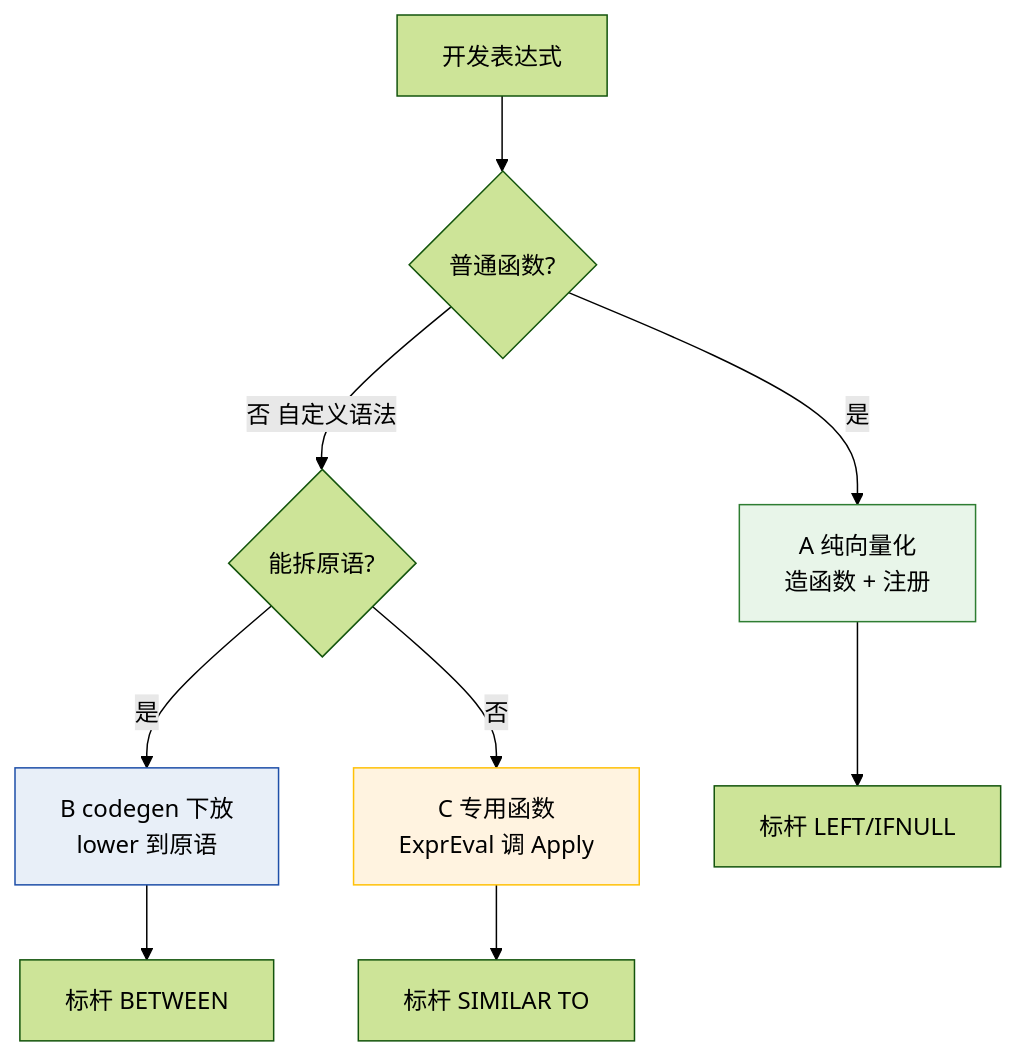
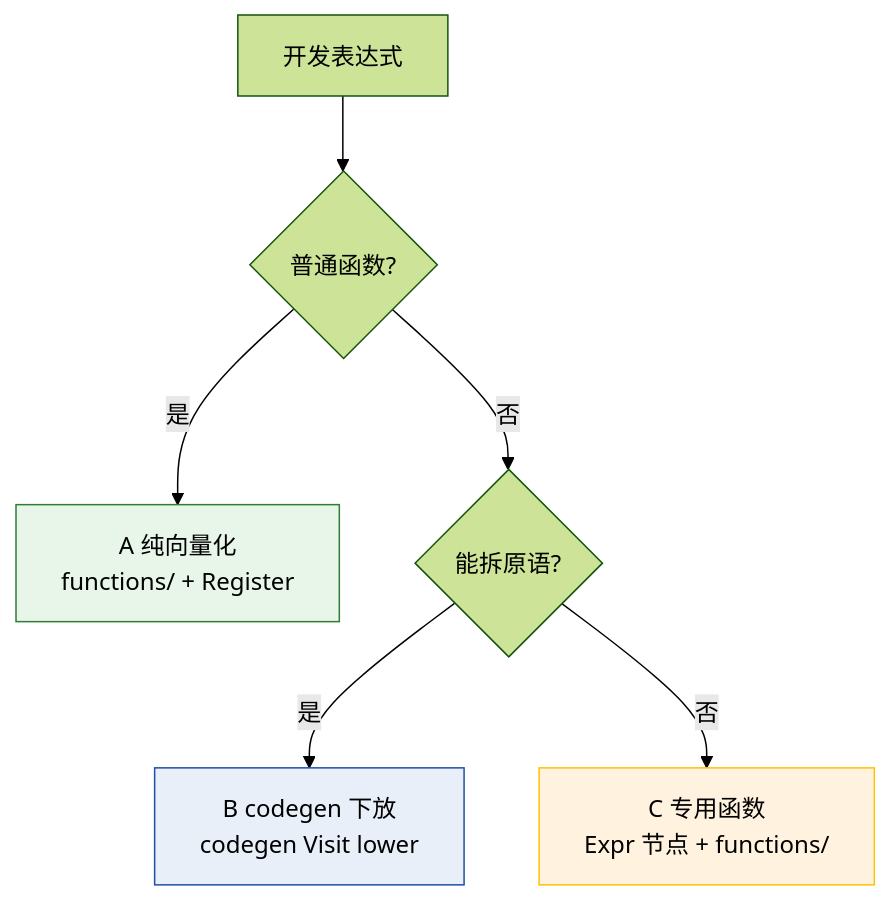
One commit to int2t05/internship changed the fourth of 13 diagrams in manuscript.md. Above: the diagram before and after it, drawn with Mermaid (forest theme). The commit also changed other lines of this file and 11 other files, not shown here.

First line of the commit message:
manuscript: 表达式两页合并 + mermaid 专业化 + 配文凝练

````diff
--- a/manuscript.md
+++ b/manuscript.md
@@ -222,17 +203,14 @@
 ```mermaid
 flowchart TD
     S["开发表达式"] --> Q1{普通函数?}
-    Q1 -->|是| A["A 纯向量化<br/>造函数 + 注册"]
-    Q1 -->|否 自定义语法| Q2{能拆原语?}
-    Q2 -->|是| B["B codegen 下放<br/>lower 到原语"]
-    Q2 -->|否| C["C 专用函数<br/>ExprEval 调 Apply"]
-    A --> L["标杆 LEFT/IFNULL"]
-    B --> LB["标杆 BETWEEN"]
-    C --> LC["标杆 SIMILAR TO"]
+    Q1 -->|是| A["A 纯向量化<br/>functions/ + Register"]
+    Q1 -->|否| Q2{能拆原语?}
+    Q2 -->|是| B["B codegen 下放<br/>codegen Visit lower"]
+    Q2 -->|否| C["C 专用函数<br/>Expr 节点 + functions/"]
     classDef a fill:#E8F5E9,stroke:#2E7D32
     classDef b fill:#E8EFF8,stroke:#1E4FA8
     classDef c fill:#FFF3E0,stroke:#FFC107
     class A a
     class B b
     class C c
 ```
````
